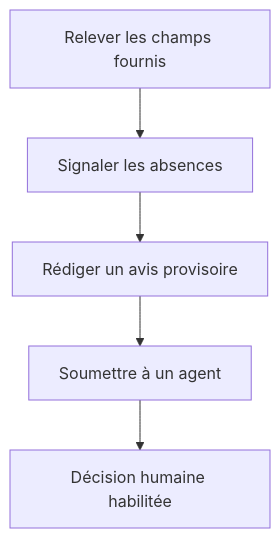
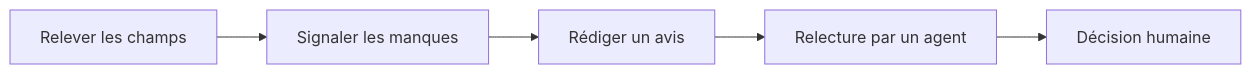
Before and after one commit to Ange230700/ibm-ai-foundations-for-everyone-notes: the diagram in teaching/visuals/s03/fr/steps.mmd, drawn with Mermaid. The commit also changed 54 other files, not shown here.

Commit message:
fix(presentations): improve teaching diagram legibility

```diff
--- a/teaching/visuals/s03/fr/steps.mmd
+++ b/teaching/visuals/s03/fr/steps.mmd
@@ -1,5 +1,5 @@
-flowchart TB
- A["Relever les champs fournis"] --> B["Signaler les absences"]
- B --> C["Rédiger un avis provisoire"]
- C --> D["Soumettre à un agent"]
- D --> E["Décision humaine habilitée"]
+flowchart LR
+ A["Relever les champs"] --> B["Signaler les manques"]
+ B --> C["Rédiger un avis"]
+ C --> D["Relecture par un agent"]
+ D --> E["Décision humaine"]
```
